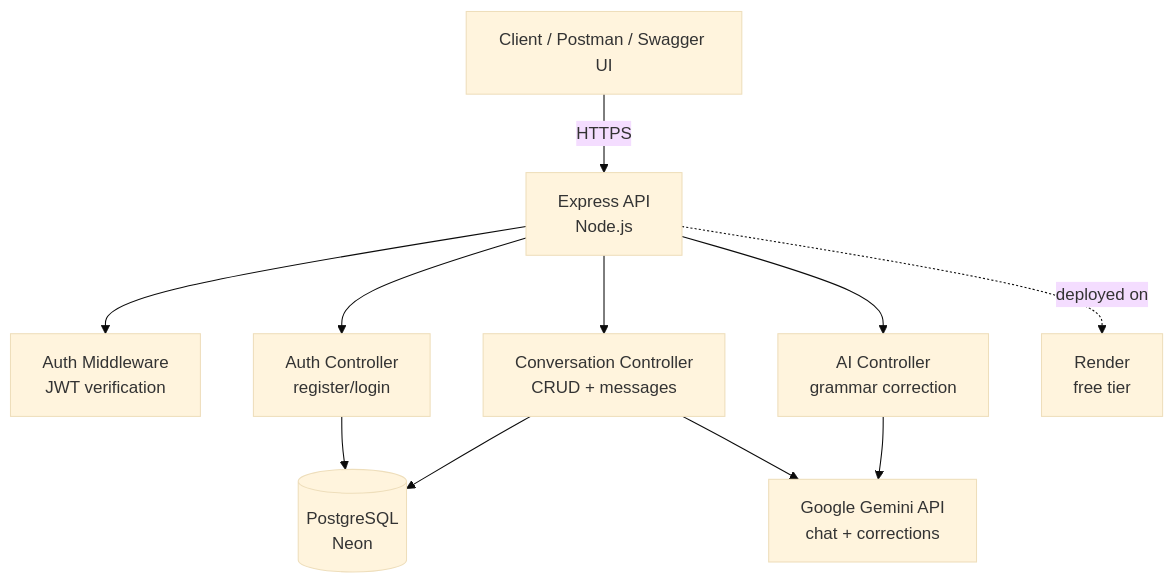
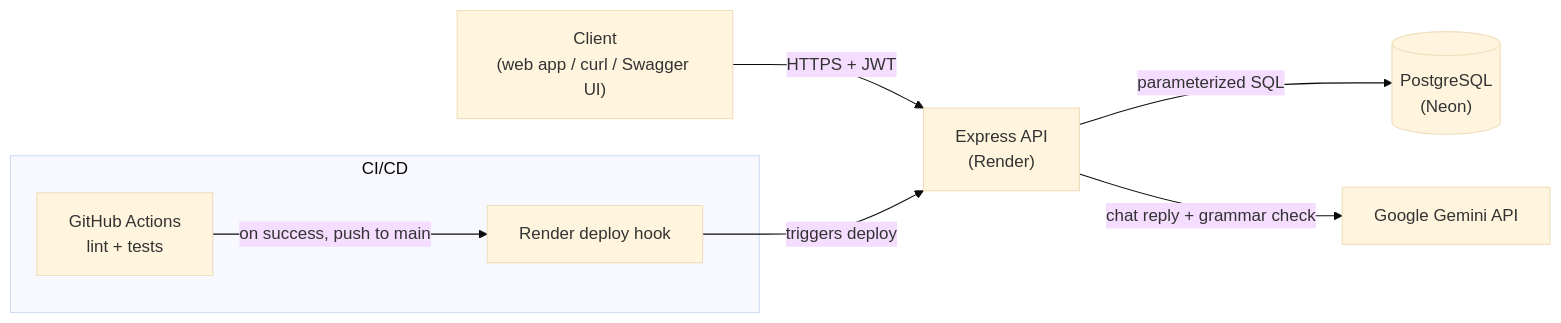
Before and after one commit to parkjoshua0212/Luma: the diagram in README.md, drawn with Mermaid (base theme). The commit also changed other lines of this file and 9 other files, not shown here.

````diff
--- a/README.md
+++ b/README.md
@@ -67,18 +38,11 @@
 ```mermaid
-flowchart TD
-    Client[Client / Postman / Swagger UI]
-    
-    Client -->|HTTPS| API[Express API<br/>Node.js]
-    
-    API --> Auth[Auth Middleware<br/>JWT verification]
-    API --> AuthC[Auth Controller<br/>register/login]
-    API --> ConvC[Conversation Controller<br/>CRUD + messages]
-    API --> AIC[AI Controller<br/>grammar correction]
-    
-    AuthC --> DB[(PostgreSQL<br/>Neon)]
-    ConvC --> DB
-    ConvC --> Gemini[Google Gemini API<br/>chat + corrections]
-    AIC --> Gemini
-    
-    API -.->|deployed on| Render[Render<br/>free tier]
+flowchart LR
+    Client["Client<br/>(web app / curl / Swagger UI)"] -->|HTTPS + JWT| API["Express API<br/>(Render)"]
+    API -->|parameterized SQL| DB[("PostgreSQL<br/>(Neon)")]
+    API -->|chat reply + grammar check| Gemini["Google Gemini API"]
+
+    subgraph CICD["CI/CD"]
+        GHA["GitHub Actions<br/>lint + tests"] -->|on success, push to main| Hook["Render deploy hook"]
+    end
+    Hook -->|triggers deploy| API
 ```
````
